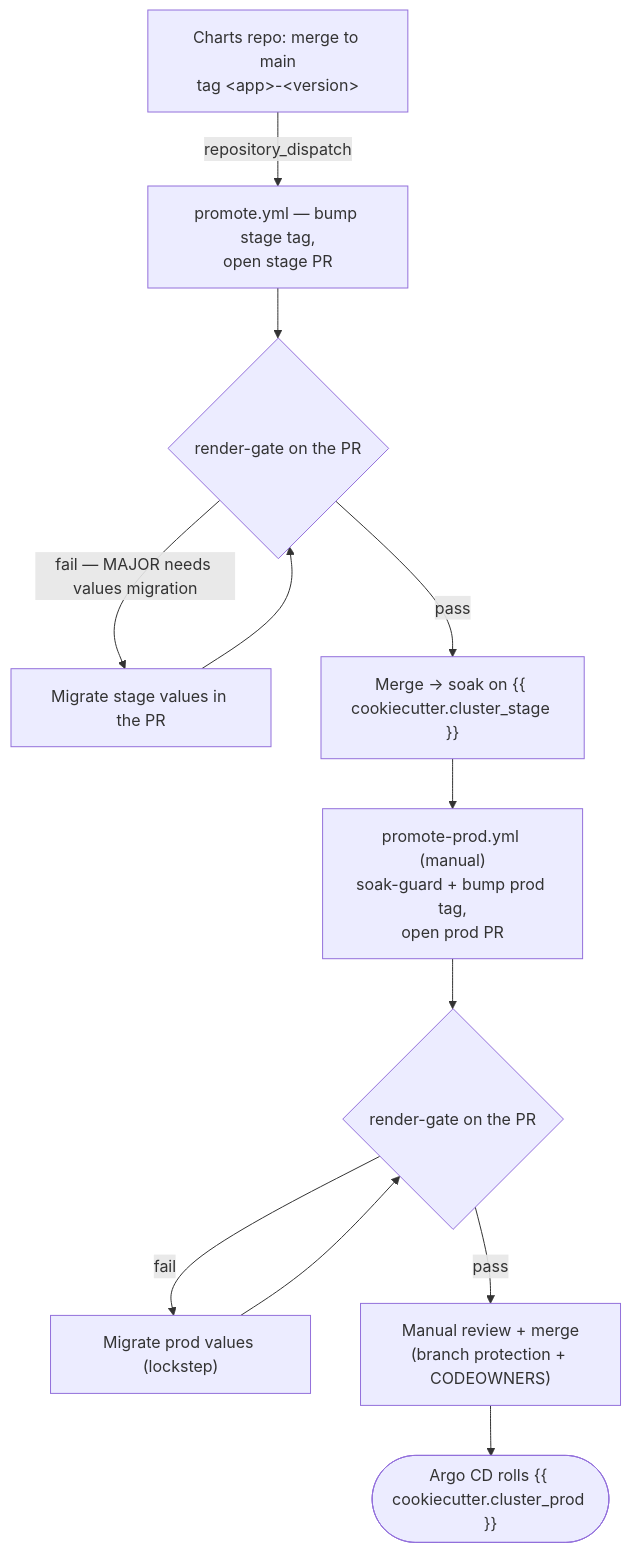
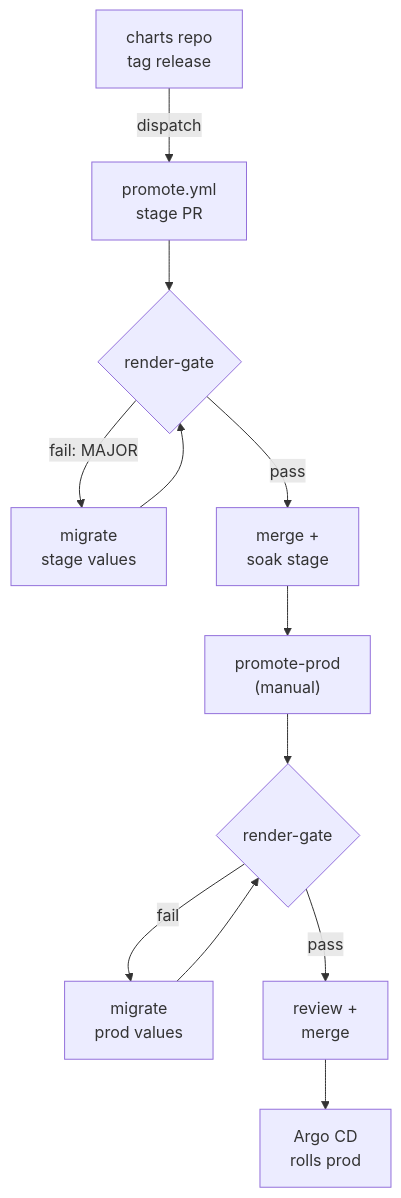
The diagram in {{ cookiecutter.project_slug }}/docs/promoting-chart-upgrades.md (kriipke/coookiecutter-gitops-configs), drawn with Mermaid before and after one commit. The commit also changed other lines of this file and 11 other files, not shown here.

````diff
--- a/{{ cookiecutter.project_slug }}/docs/promoting-chart-upgrades.md
+++ b/{{ cookiecutter.project_slug }}/docs/promoting-chart-upgrades.md
@@ -81,25 +81,25 @@
 ```mermaid
 flowchart TD
-  crel["Charts repo: merge to main<br/>tag &lt;app&gt;-&lt;version&gt;"]
-  pstage["promote.yml — bump stage tag,<br/>open stage PR"]
-  gate1{"render-gate on the PR"}
-  fix1["Migrate stage values in the PR"]
-  soak["Merge -> soak on {{ cookiecutter.cluster_stage }}"]
-  pprod["promote-prod.yml (manual)<br/>soak-guard + bump prod tag,<br/>open prod PR"]
-  gate2{"render-gate on the PR"}
-  fix2["Migrate prod values (lockstep)"]
-  review["Manual review + merge<br/>(branch protection + CODEOWNERS)"]
-  prod(["Argo CD rolls {{ cookiecutter.cluster_prod }}"])
+  crel["charts repo<br/>tag release"]
+  pstage["promote.yml<br/>stage PR"]
+  gate1{"render-gate"}
+  fix1["migrate<br/>stage values"]
+  soak["merge +<br/>soak stage"]
+  pprod["promote-prod<br/>(manual)"]
+  gate2{"render-gate"}
+  fix2["migrate<br/>prod values"]
+  review["review +<br/>merge"]
+  prod["Argo CD<br/>rolls prod"]
 
-  crel -->|"repository_dispatch"| pstage
+  crel -->|"dispatch"| pstage
   pstage --> gate1
-  gate1 -->|"fail — MAJOR needs values migration"| fix1
+  gate1 -->|"fail: MAJOR"| fix1
   fix1 --> gate1
   gate1 -->|"pass"| soak
   soak --> pprod
   pprod --> gate2
   gate2 -->|"fail"| fix2
   fix2 --> gate2
   gate2 -->|"pass"| review
   review --> prod
 ```
````
